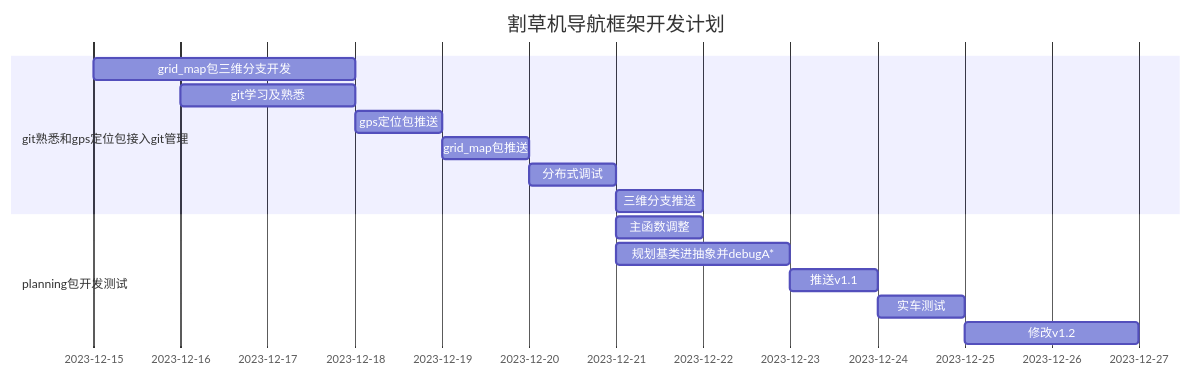
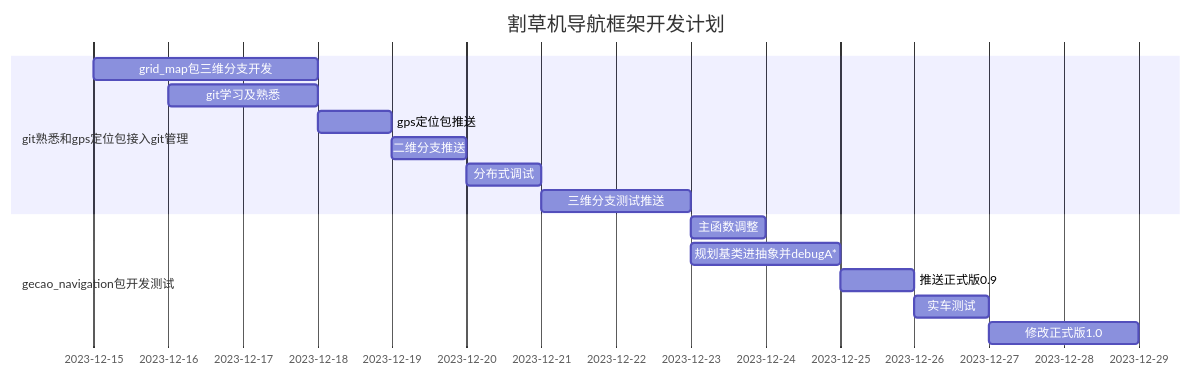
One commit to HM-Lii/grid_map changed the diagram in DecPlan.md. Above: the diagram before and after it, drawn with Mermaid. The commit also changed other lines of this file, not shown here.

````diff
--- a/DecPlan.md
+++ b/DecPlan.md
@@ -1,19 +1,19 @@
 ```mermaid
 gantt
 	title  割草机导航框架开发计划
 	section git熟悉和gps定位包接入git管理
 		grid_map包三维分支开发 :2023-12-15,3d
 		git学习及熟悉 :2023-12-16,2d
 		gps定位包推送 :1d
-		grid_map包推送 :1d
-		分布式调试 :a1,2023-12-20,1d
-		三维分支推送 :1d
-	section planning包开发测试
+		二维分支推送 :1d
+		分布式调试 :1d
+		三维分支测试推送 :a1,2023-12-21,2d
+	section gecao_navigation包开发测试
 		主函数调整 :after a1,1d
 		规划基类进抽象并debugA* :after a1,2d
-		推送v1.1 :1d
+		推送正式版0.9 :1d
 		实车测试 :1d
-		修改v1.2 :2d
+		修改正式版1.0 :2d
 		
 	
 ```
````
